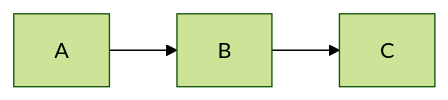
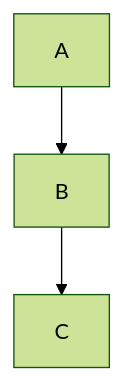
One commit to miaozhuojun/miaozhuojun.github.io changed the first of 2 diagrams in _posts/2021-01-15-dominator.md. Above: the diagram before and after it, drawn with Mermaid (forest theme).

```diff
--- a/_posts/2021-01-15-dominator.md
+++ b/_posts/2021-01-15-dominator.md
@@ -21,5 +21,5 @@
       <div class="mermaid">
-      graph LR;
+      graph TD;
         A-->B;
         B-->C;
       </div>
```
